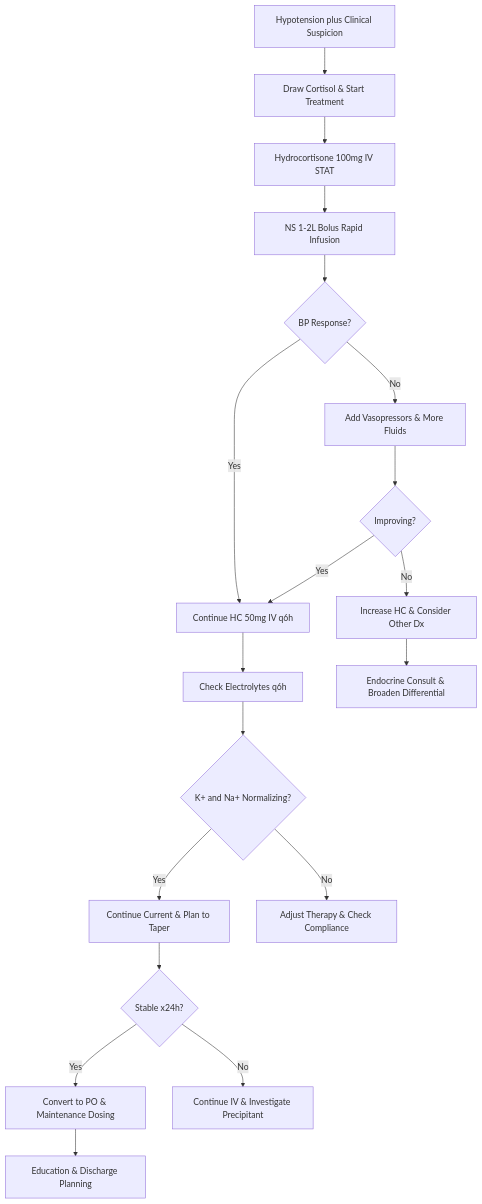
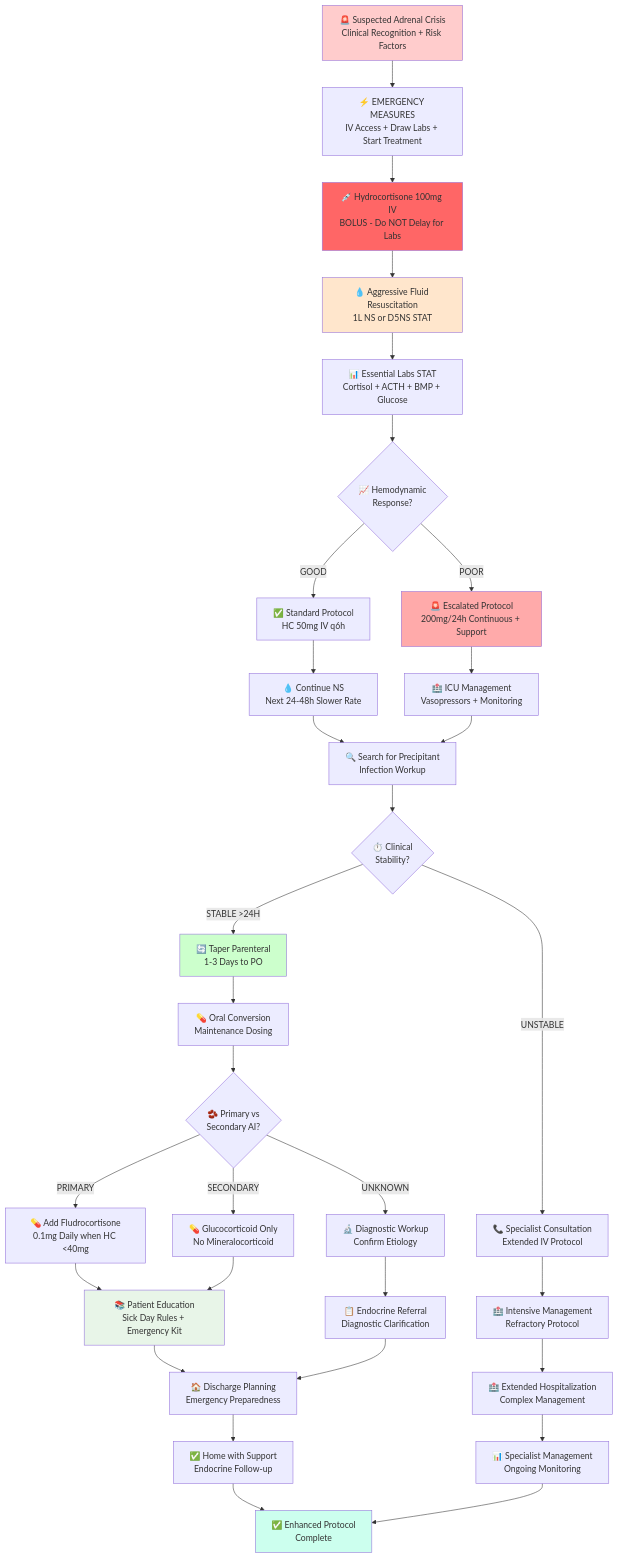
The diagram in Assets/RapidResponseCentralDocumentationVault/Protocols/Calls/Cardiovascular/Adrenal Crisis.md (bhavenmurji/RapidResponseCentral), drawn with Mermaid before and after one commit. The commit also changed other lines of this file and 6438 other files, not shown here.

````diff
--- a/Assets/RapidResponseCentralDocumentationVault/Protocols/Calls/Cardiovascular/Adrenal Crisis.md
+++ b/Assets/RapidResponseCentralDocumentationVault/Protocols/Calls/Cardiovascular/Adrenal Crisis.md
@@ -121,40 +15,57 @@
-```mermaid
+~~~mermaid
 graph TD
-    A[Hypotension plus Clinical Suspicion]
-    B[Draw Cortisol & Start Treatment]
-    C[Hydrocortisone 100mg IV STAT]
-    D[NS 1-2L Bolus Rapid Infusion]
-    E{BP Response?}
-    F[Continue HC 50mg IV q6h]
-    G[Add Vasopressors & More Fluids]
-    H[Check Electrolytes q6h]
-    I{Improving?}
-    J[Increase HC & Consider Other Dx]
-    K{K+ and Na+ Normalizing?}
-    L[Continue Current & Plan to Taper]
-    M[Adjust Therapy & Check Compliance]
-    N{Stable x24h?}
-    O[Convert to PO & Maintenance Dosing]
-    P[Continue IV & Investigate Precipitant]
-    Q[Education & Discharge Planning]
-    R[Endocrine Consult & Broaden Differential]
-
-    A --> B
-    B --> C
-    C --> D
-    D --> E
-    E -- Yes --> F
-    E -- No --> G
-    F --> H
-    G --> I
-    I -- Yes --> F
-    I -- No --> J
-    H --> K
-    K -- Yes --> L
-    K -- No --> M
-    L --> N
-    N -- Yes --> O
-    N -- No --> P
-    O --> Q
-    J --> R
-```
+    A["🚨 Suspected Adrenal Crisis<br/>Clinical Recognition + Risk Factors"] --> B["⚡ EMERGENCY MEASURES<br/>IV Access + Draw Labs + Start Treatment"]
+    
+    B --> C["💉 Hydrocortisone 100mg IV<br/>BOLUS - Do NOT Delay for Labs"]
+    
+    C --> D["💧 Aggressive Fluid Resuscitation<br/>1L NS or D5NS STAT"]
+    
+    D --> E["📊 Essential Labs STAT<br/>Cortisol + ACTH + BMP + Glucose"]
+    
+    E --> F{"📈 Hemodynamic<br/>Response?"}
+    
+    F -->|GOOD| G["✅ Standard Protocol<br/>HC 50mg IV q6h"]
+    F -->|POOR| H["🚨 Escalated Protocol<br/>200mg/24h Continuous + Support"]
+    
+    G --> I["💧 Continue NS<br/>Next 24-48h Slower Rate"]
+    H --> J["🏥 ICU Management<br/>Vasopressors + Monitoring"]
+    
+    I --> K["🔍 Search for Precipitant<br/>Infection Workup"]
+    J --> K
+    
+    K --> L{"⏱️ Clinical<br/>Stability?"}
+    
+    L -->|STABLE >24H| M["🔄 Taper Parenteral<br/>1-3 Days to PO"]
+    L -->|UNSTABLE| N["📞 Specialist Consultation<br/>Extended IV Protocol"]
+    
+    M --> O["💊 Oral Conversion<br/>Maintenance Dosing"]
+    N --> P["🏥 Intensive Management<br/>Refractory Protocol"]
+    
+    O --> Q{"🫘 Primary vs<br/>Secondary AI?"}
+    
+    Q -->|PRIMARY| R["💊 Add Fludrocortisone<br/>0.1mg Daily when HC <40mg"]
+    Q -->|SECONDARY| S["💊 Glucocorticoid Only<br/>No Mineralocorticoid"]
+    Q -->|UNKNOWN| T["🔬 Diagnostic Workup<br/>Confirm Etiology"]
+    
+    R --> U["📚 Patient Education<br/>Sick Day Rules + Emergency Kit"]
+    S --> U
+    T --> V["📋 Endocrine Referral<br/>Diagnostic Clarification"]
+    
+    U --> W["🏠 Discharge Planning<br/>Emergency Preparedness"]
+    V --> W
+    P --> X["🏥 Extended Hospitalization<br/>Complex Management"]
+    
+    W --> Y["✅ Home with Support<br/>Endocrine Follow-up"]
+    X --> Z["📊 Specialist Management<br/>Ongoing Monitoring"]
+    
+    Y --> AA["✅ Enhanced Protocol<br/>Complete"]
+    Z --> AA
+    
+    style A fill:#ffcccc
+    style C fill:#ff6666
+    style D fill:#ffe6cc
+    style H fill:#ffaaaa
+    style M fill:#ccffcc
+    style U fill:#e8f5e8
+    style AA fill:#ccffee
+~~~
````
